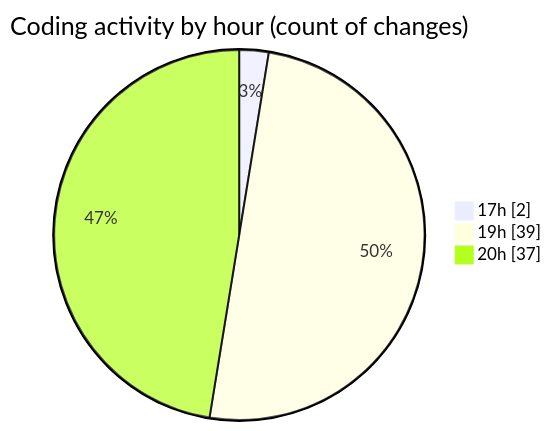
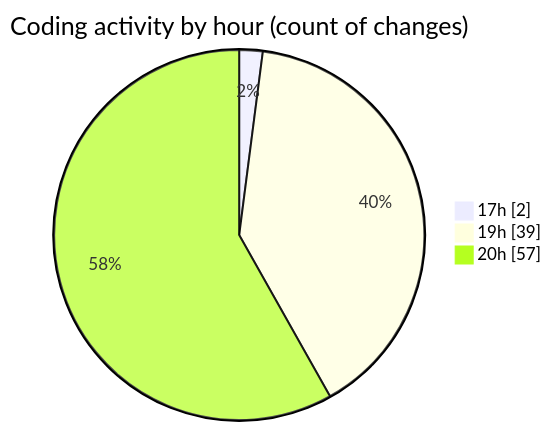
The second of 2 diagrams in 2025-10-21/skintrack/README.md (Netris89/code-tracking), drawn with Mermaid before and after one commit. The commit also changed other lines of this file and 1 other file, not shown here.

````diff
--- a/2025-10-21/skintrack/README.md
+++ b/2025-10-21/skintrack/README.md
@@ -40,7 +40,7 @@
 ```mermaid
 pie showData
 title Coding activity by hour (count of changes)
 "17h" : 2
 "19h" : 39
-"20h" : 37
+"20h" : 57
 ```
````
